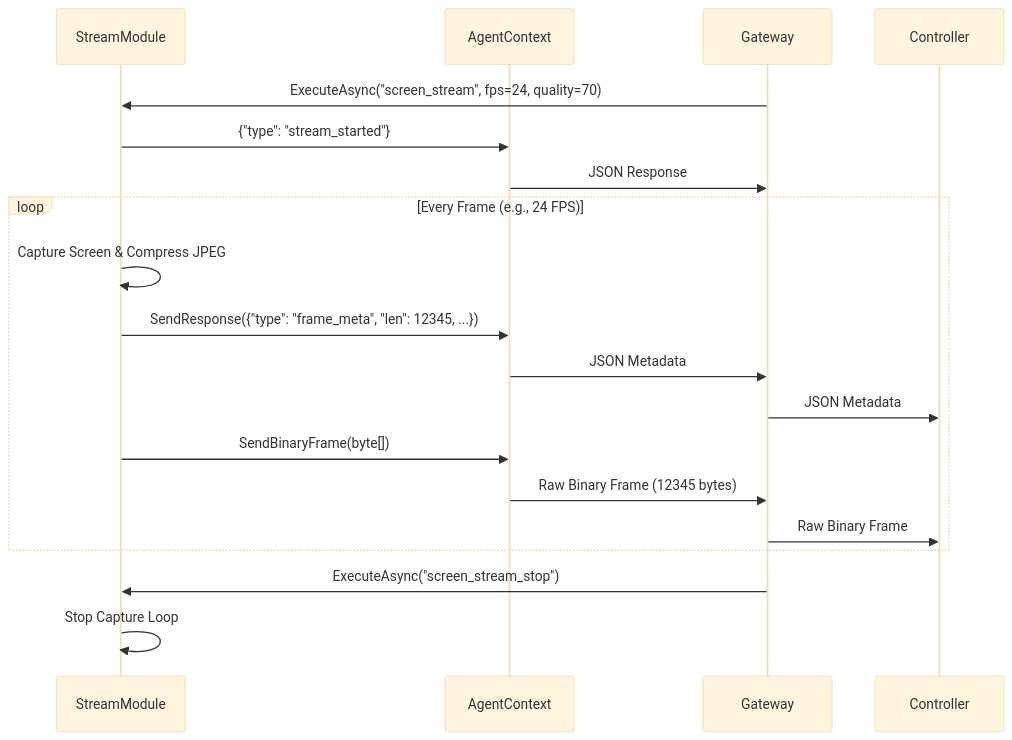
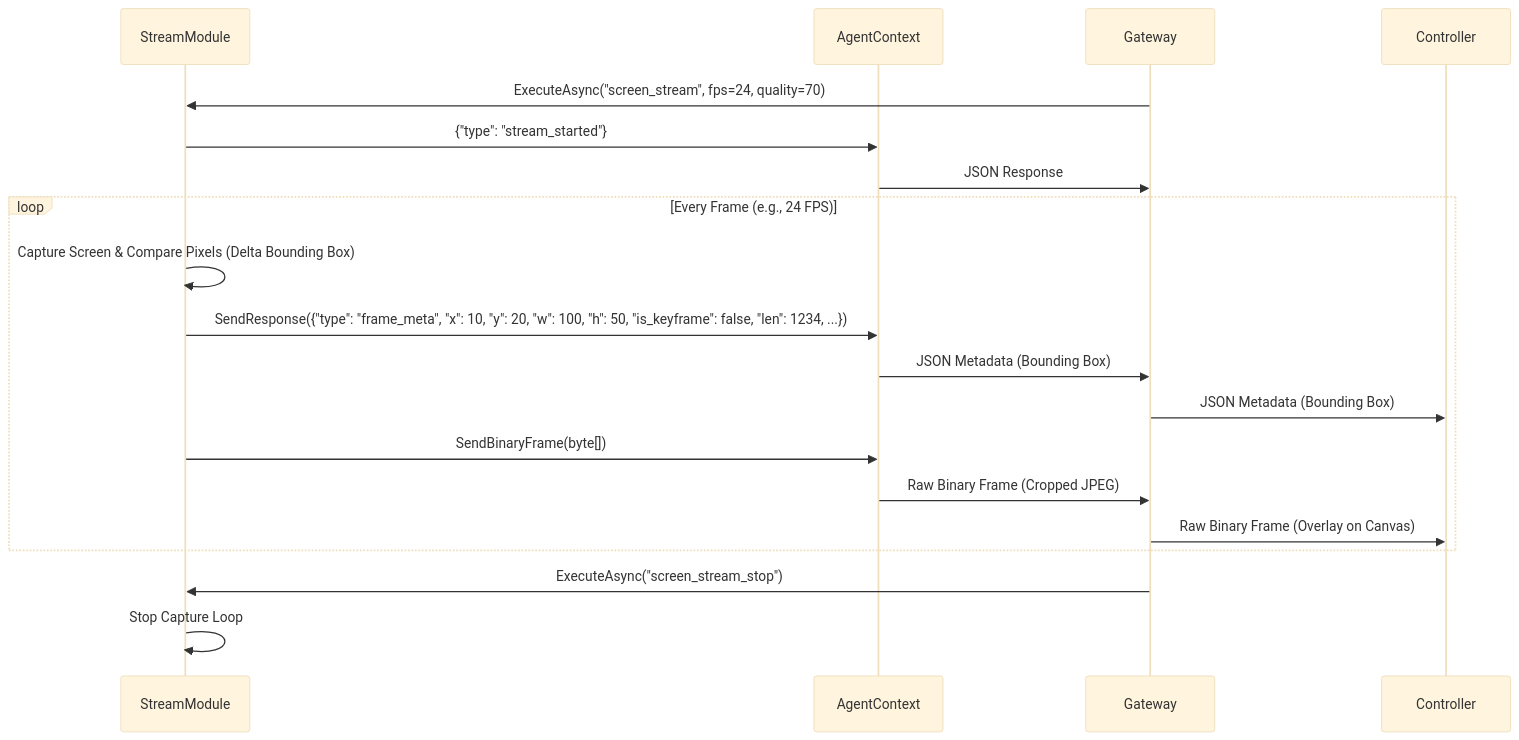
The fifth of 6 diagrams in agent/1. Architecture_and_sequence_diagrams.md (HCMUS-computer-networking/remote-computer-control), drawn with Mermaid (base theme) before and after one commit. The commit also changed 5 other files, not shown here.

Commit message:
update documentation - Delta Encoding (Bounding Box)

````diff
--- a/agent/1. Architecture_and_sequence_diagrams.md
+++ b/agent/1. Architecture_and_sequence_diagrams.md
@@ -155,25 +155,25 @@
 ```mermaid
 sequenceDiagram
     participant Module as StreamModule
     participant Agent as AgentContext
     participant Gateway
     participant Controller
 
     Gateway->>Module: ExecuteAsync("screen_stream", fps=24, quality=70)
     Module->>Agent: {"type": "stream_started"}
     Agent->>Gateway: JSON Response
     
     loop Every Frame (e.g., 24 FPS)
-        Module->>Module: Capture Screen & Compress JPEG
-        Module->>Agent: SendResponse({"type": "frame_meta", "len": 12345, ...})
-        Agent->>Gateway: JSON Metadata
-        Gateway->>Controller: JSON Metadata
+        Module->>Module: Capture Screen & Compare Pixels (Delta Bounding Box)
+        Module->>Agent: SendResponse({"type": "frame_meta", "x": 10, "y": 20, "w": 100, "h": 50, "is_keyframe": false, "len": 1234, ...})
+        Agent->>Gateway: JSON Metadata (Bounding Box)
+        Gateway->>Controller: JSON Metadata (Bounding Box)
         
         Module->>Agent: SendBinaryFrame(byte[])
-        Agent->>Gateway: Raw Binary Frame (12345 bytes)
-        Gateway->>Controller: Raw Binary Frame
+        Agent->>Gateway: Raw Binary Frame (Cropped JPEG)
+        Gateway->>Controller: Raw Binary Frame (Overlay on Canvas)
     end
     
     Gateway->>Module: ExecuteAsync("screen_stream_stop")
     Module->>Module: Stop Capture Loop
 ```
````
